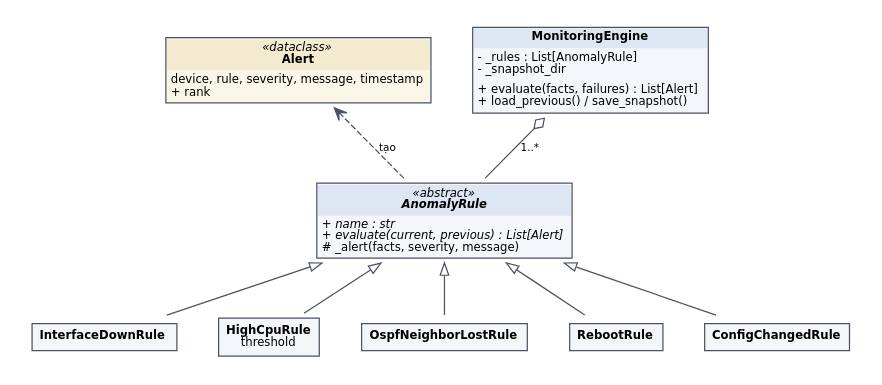
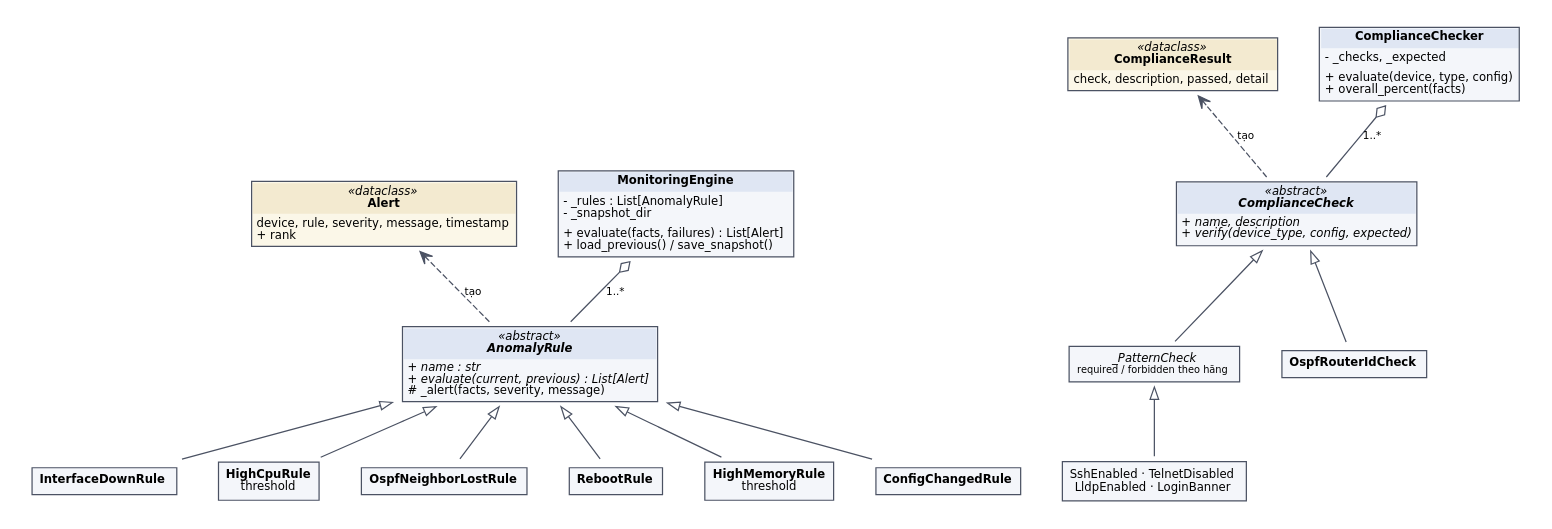
The diagram in docs/diagrams/class_monitoring.dot (nhat-thang/network-inventory-monitor), drawn with Graphviz before and after one commit. The commit also changed 14 other files, not shown here.

First line of the commit message:
docs: architecture document updated to section 6.2 of the assignment

```diff
--- a/docs/diagrams/class_monitoring.dot
+++ b/docs/diagrams/class_monitoring.dot
@@ -1,25 +1,44 @@
 digraph G {
   graph [rankdir=BT, fontname="DejaVu Sans", nodesep=0.25, ranksep=0.55, bgcolor="white", pad=0.15];
   node  [shape=plaintext, fontname="DejaVu Sans", fontsize=9.5];
   edge  [fontname="DejaVu Sans", fontsize=8.5, color="#4b5263"];
   AR [label=<<table border="1" cellborder="0" cellspacing="0" cellpadding="3" bgcolor="#f4f6fa" color="#4b5263">
    <tr><td bgcolor="#dfe6f3"><i>«abstract»</i><br/><b><i>AnomalyRule</i></b></td></tr>
    <tr><td align="left" balign="left"><i>+ name : str</i><br/><i>+ evaluate(current, previous) : List[Alert]</i><br/># _alert(facts, severity, message)</td></tr></table>>];
   ME [label=<<table border="1" cellborder="0" cellspacing="0" cellpadding="3" bgcolor="#f4f6fa" color="#4b5263">
    <tr><td bgcolor="#dfe6f3"><b>MonitoringEngine</b></td></tr>
    <tr><td align="left" balign="left">- _rules : List[AnomalyRule]<br/>- _snapshot_dir</td></tr>
    <tr><td align="left" balign="left">+ evaluate(facts, failures) : List[Alert]<br/>+ load_previous() / save_snapshot()</td></tr></table>>];
   R1 [label=<<table border="1" cellborder="0" cellpadding="3" bgcolor="#f4f6fa" color="#4b5263"><tr><td><b>InterfaceDownRule</b></td></tr></table>>];
   R2 [label=<<table border="1" cellborder="0" cellpadding="3" bgcolor="#f4f6fa" color="#4b5263"><tr><td><b>HighCpuRule</b><br/>threshold</td></tr></table>>];
   R3 [label=<<table border="1" cellborder="0" cellpadding="3" bgcolor="#f4f6fa" color="#4b5263"><tr><td><b>OspfNeighborLostRule</b></td></tr></table>>];
   R4 [label=<<table border="1" cellborder="0" cellpadding="3" bgcolor="#f4f6fa" color="#4b5263"><tr><td><b>RebootRule</b></td></tr></table>>];
+  R6 [label=<<table border="1" cellborder="0" cellpadding="3" bgcolor="#f4f6fa" color="#4b5263"><tr><td><b>HighMemoryRule</b><br/>threshold</td></tr></table>>];
   R5 [label=<<table border="1" cellborder="0" cellpadding="3" bgcolor="#f4f6fa" color="#4b5263"><tr><td><b>ConfigChangedRule</b></td></tr></table>>];
   AL [label=<<table border="1" cellborder="0" cellspacing="0" cellpadding="3" bgcolor="#fbf7e8" color="#4b5263">
    <tr><td bgcolor="#f3ead0"><i>«dataclass»</i><br/><b>Alert</b></td></tr>
    <tr><td align="left" balign="left">device, rule, severity, message, timestamp<br/>+ rank</td></tr></table>>];
-  {R1 R2 R3 R4 R5} -> AR [arrowhead=empty];
+  {R1 R2 R3 R4 R5 R6} -> AR [arrowhead=empty];
   ME -> AR [dir=back, arrowtail=odiamond, label=" 1..*"];
   AR -> AL [style=dashed, arrowhead=vee, label=" tạo"];
-  {rank=same; R1 R2 R3 R4 R5}
+  {rank=same; R1 R2 R3 R4 R5 R6}
   {rank=same; ME AL}
+
+  CC [label=<<table border="1" cellborder="0" cellspacing="0" cellpadding="3" bgcolor="#f4f6fa" color="#4b5263">
+   <tr><td bgcolor="#dfe6f3"><i>«abstract»</i><br/><b><i>ComplianceCheck</i></b></td></tr>
+   <tr><td align="left" balign="left"><i>+ name, description</i><br/><i>+ verify(device_type, config, expected)</i></td></tr></table>>];
+  CK [label=<<table border="1" cellborder="0" cellspacing="0" cellpadding="3" bgcolor="#f4f6fa" color="#4b5263">
+   <tr><td bgcolor="#dfe6f3"><b>ComplianceChecker</b></td></tr>
+   <tr><td align="left" balign="left">- _checks, _expected</td></tr>
+   <tr><td align="left" balign="left">+ evaluate(device, type, config)<br/>+ overall_percent(facts)</td></tr></table>>];
+  PC [label=<<table border="1" cellborder="0" cellpadding="3" bgcolor="#f4f6fa" color="#4b5263"><tr><td><i>_PatternCheck</i><br/><font point-size="8.5">required / forbidden theo hãng</font></td></tr></table>>];
+  C1 [label=<<table border="1" cellborder="0" cellpadding="3" bgcolor="#f4f6fa" color="#4b5263"><tr><td>SshEnabled · TelnetDisabled<br/>LldpEnabled · LoginBanner</td></tr></table>>];
+  C2 [label=<<table border="1" cellborder="0" cellpadding="3" bgcolor="#f4f6fa" color="#4b5263"><tr><td><b>OspfRouterIdCheck</b></td></tr></table>>];
+  CR [label=<<table border="1" cellborder="0" cellspacing="0" cellpadding="3" bgcolor="#fbf7e8" color="#4b5263">
+   <tr><td bgcolor="#f3ead0"><i>«dataclass»</i><br/><b>ComplianceResult</b></td></tr>
+   <tr><td align="left" balign="left">check, description, passed, detail</td></tr></table>>];
+  PC -> CC [arrowhead=empty]; C1 -> PC [arrowhead=empty]; C2 -> CC [arrowhead=empty];
+  CK -> CC [dir=back, arrowtail=odiamond, label=" 1..*"];
+  CC -> CR [style=dashed, arrowhead=vee, label=" tạo"];
+  {rank=same; CK CR}
 }
```
